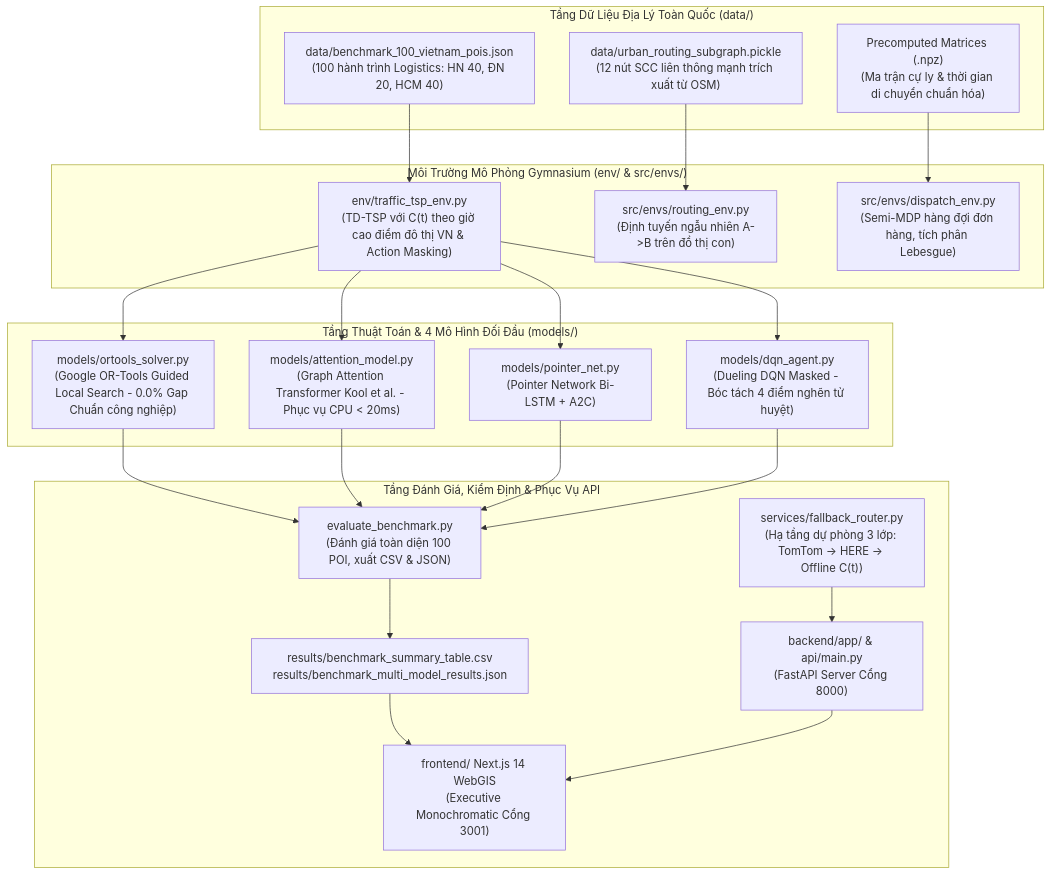
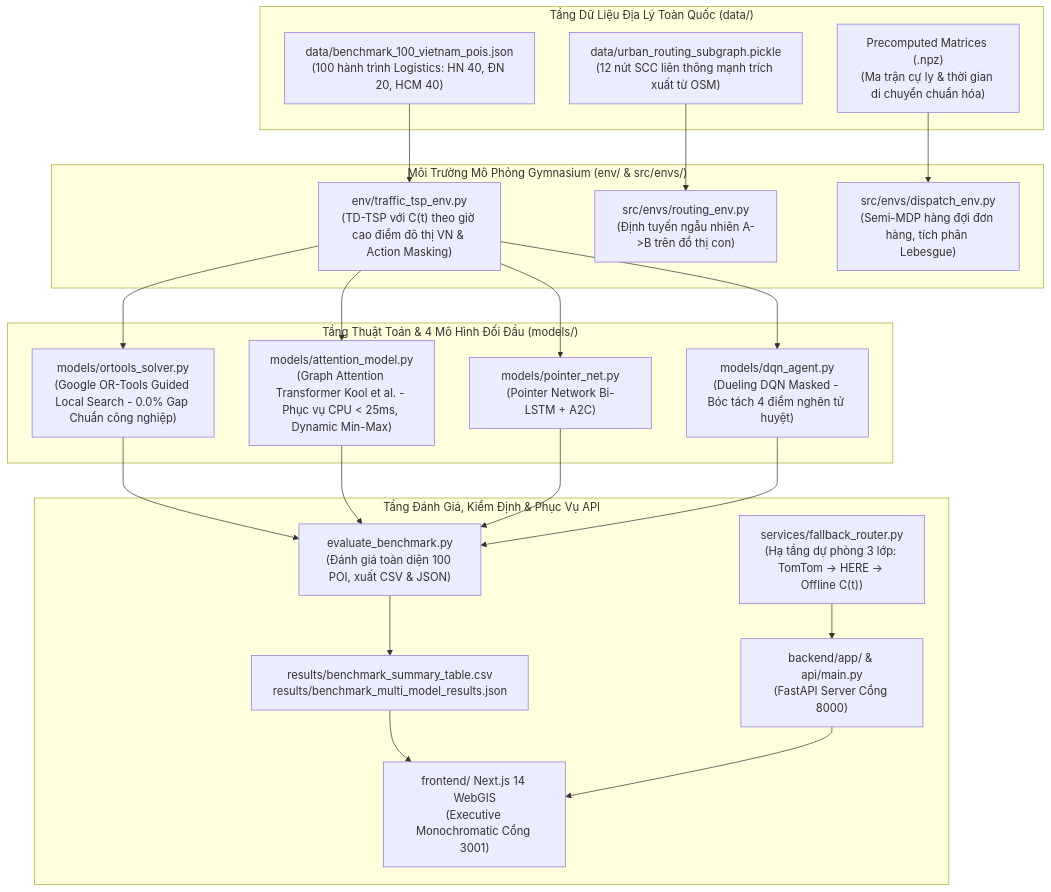
Before and after one commit to philipsgn/HotWAY: the diagram in ARCHITECTURE.md, drawn with Mermaid. The commit also changed other lines of this file and 4 other files, not shown here.

Commit message:
docs(sync-v7.3.1): document zero-hardcode policy, dynamic min-max scaling, 128d/3L architecture, and updated empirical metrics in core docs

````diff
--- a/ARCHITECTURE.md
+++ b/ARCHITECTURE.md
@@ -12,43 +12,43 @@
 ```mermaid
 flowchart TD
     subgraph S1["Tầng Dữ Liệu Địa Lý Toàn Quốc (data/)"]
         Bench["data/benchmark_100_vietnam_pois.json\n(100 hành trình Logistics: HN 40, ĐN 20, HCM 40)"]
         UrbanGraph["data/urban_routing_subgraph.pickle\n(12 nút SCC liên thông mạnh trích xuất từ OSM)"]
         MatPre["Precomputed Matrices (.npz)\n(Ma trận cự ly & thời gian di chuyển chuẩn hóa)"]
     end
 
     subgraph S2["Môi Trường Mô Phỏng Gymnasium (env/ & src/envs/)"]
         T_TSP["env/traffic_tsp_env.py\n(TD-TSP với C(t) theo giờ cao điểm đô thị VN & Action Masking)"]
         R_Env["src/envs/routing_env.py\n(Định tuyến ngẫu nhiên A->B trên đồ thị con)"]
         D_Env["src/envs/dispatch_env.py\n(Semi-MDP hàng đợi đơn hàng, tích phân Lebesgue)"]
         
         Bench --> T_TSP
         UrbanGraph --> R_Env
         MatPre --> D_Env
     end
 
     subgraph S3["Tầng Thuật Toán & 4 Mô Hình Đối Đầu (models/)"]
         ORTools["models/ortools_solver.py\n(Google OR-Tools Guided Local Search - 0.0% Gap Chuẩn công nghiệp)"]
-        AM["models/attention_model.py\n(Graph Attention Transformer Kool et al. - Phục vụ CPU < 20ms)"]
+        AM["models/attention_model.py\n(Graph Attention Transformer Kool et al. - Phục vụ CPU < 25ms, Dynamic Min-Max)"]
         PtrNet["models/pointer_net.py\n(Pointer Network Bi-LSTM + A2C)"]
         DQN["models/dqn_agent.py\n(Dueling DQN Masked - Bóc tách 4 điểm nghẽn tử huyệt)"]
         
         T_TSP --> ORTools
         T_TSP --> AM
         T_TSP --> PtrNet
         T_TSP --> DQN
     end
 
     subgraph S4["Tầng Đánh Giá, Kiểm Định & Phục Vụ API"]
         BenchEval["evaluate_benchmark.py\n(Đánh giá toàn diện 100 POI, xuất CSV & JSON)"]
         Fallback["services/fallback_router.py\n(Hạ tầng dự phòng 3 lớp: TomTom -> HERE -> Offline C(t))"]
         FastAPI["backend/app/ & api/main.py\n(FastAPI Server Cổng 8000)"]
         NextUI["frontend/ Next.js 14 WebGIS\n(Executive Monochromatic Cổng 3001)"]
         
         ORTools & AM & PtrNet & DQN --> BenchEval
         BenchEval --> Results["results/benchmark_summary_table.csv\nresults/benchmark_multi_model_results.json"]
         Results --> NextUI
         Fallback --> FastAPI
         FastAPI --> NextUI
     end
 ```
````
